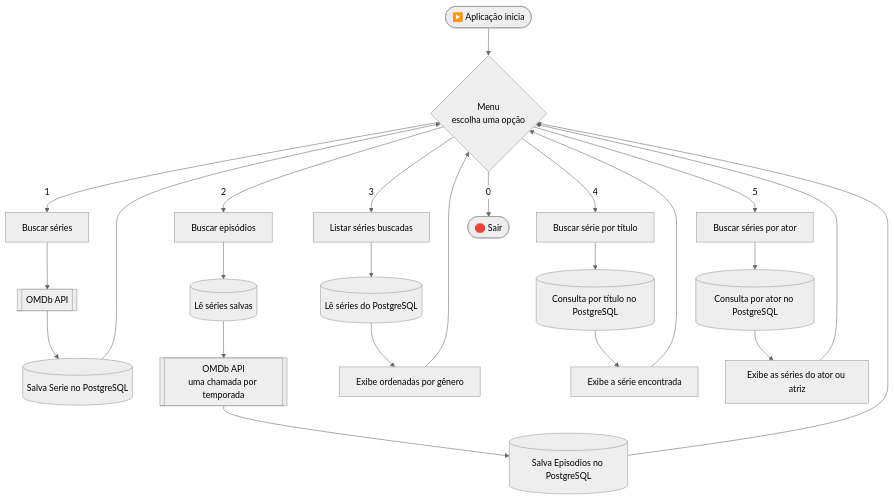
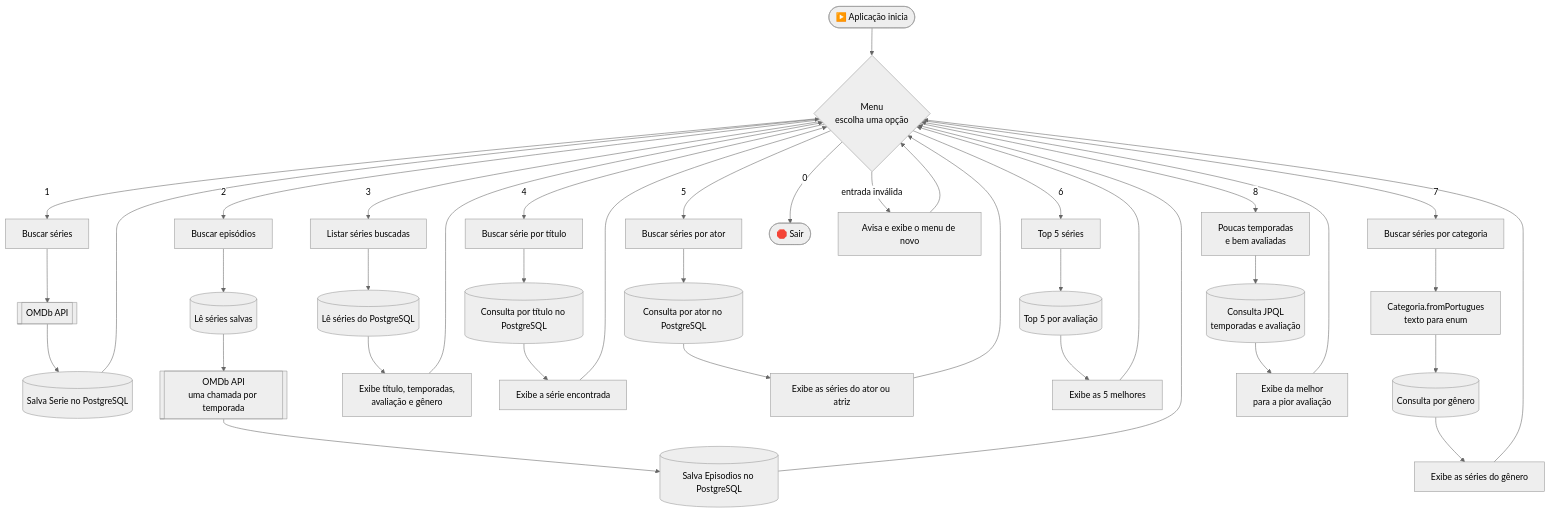
Before and after one commit to IgorPedrol/Screenmatch: the second of 8 diagrams in README.md, drawn with Mermaid (neutral theme). The commit also changed other lines of this file, not shown here.

````diff
--- a/README.md
+++ b/README.md
@@ -172,28 +178,43 @@
 ```mermaid
 flowchart TD
     START(["▶️ Aplicação inicia"]) --> MENU{"Menu<br/>escolha uma opção"}
     MENU -->|"1"| S1["Buscar séries"]
     MENU -->|"2"| S2["Buscar episódios"]
     MENU -->|"3"| S3["Listar séries buscadas"]
     MENU -->|"4"| S4["Buscar série por título"]
     MENU -->|"5"| S5["Buscar séries por ator"]
+    MENU -->|"6"| S6["Top 5 séries"]
+    MENU -->|"7"| S7["Buscar séries por categoria"]
+    MENU -->|"8"| S8["Poucas temporadas<br/>e bem avaliadas"]
     MENU -->|"0"| END(["🛑 Sair"])
+    MENU -->|"entrada inválida"| INV["Avisa e exibe o menu de novo"]
 
     S1 --> API1[["OMDb API"]]
     API1 --> SAVE1[("Salva Serie no PostgreSQL")]
     S2 --> DBREAD[("Lê séries salvas")]
     DBREAD --> API2[["OMDb API<br/>uma chamada por temporada"]]
     API2 --> SAVE2[("Salva Episodios no PostgreSQL")]
     S3 --> DB3[("Lê séries do PostgreSQL")]
-    DB3 --> OUT["Exibe ordenadas por gênero"]
+    DB3 --> OUT["Exibe título, temporadas,<br/>avaliação e gênero"]
     S4 --> DB4[("Consulta por título no PostgreSQL")]
     DB4 --> OUT4["Exibe a série encontrada"]
     S5 --> DB5[("Consulta por ator no PostgreSQL")]
     DB5 --> OUT5["Exibe as séries do ator ou atriz"]
+    S6 --> DB6[("Top 5 por avaliação")]
+    DB6 --> OUT6["Exibe as 5 melhores"]
+    S7 --> CAT["Categoria.fromPortugues<br/>texto para enum"]
+    CAT --> DB7[("Consulta por gênero")]
+    DB7 --> OUT7["Exibe as séries do gênero"]
+    S8 --> DB8[("Consulta JPQL<br/>temporadas e avaliação")]
+    DB8 --> OUT8["Exibe da melhor<br/>para a pior avaliação"]
 
     SAVE1 --> MENU
     SAVE2 --> MENU
     OUT --> MENU
     OUT4 --> MENU
     OUT5 --> MENU
+    OUT6 --> MENU
+    OUT7 --> MENU
+    OUT8 --> MENU
+    INV --> MENU
 ```
````
